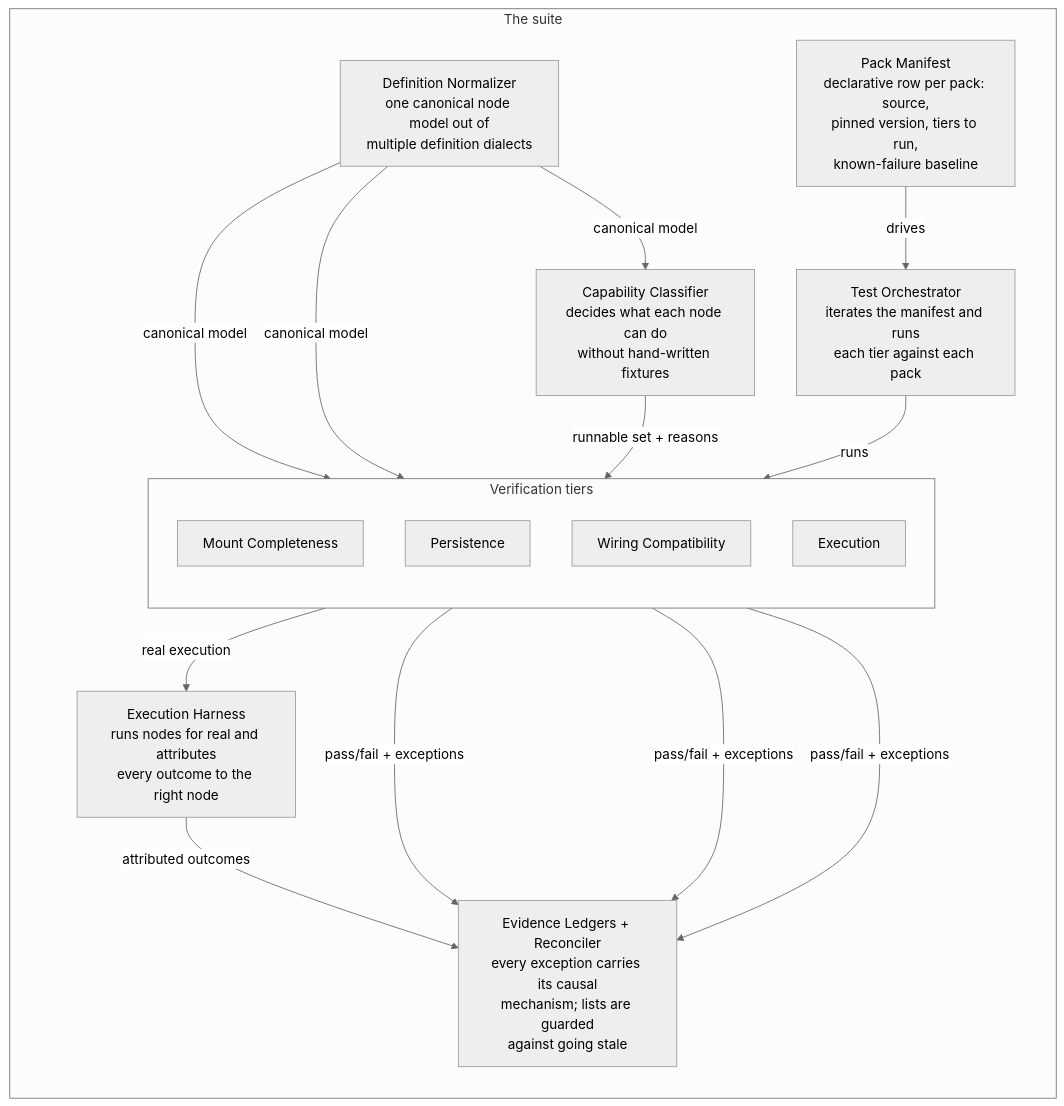
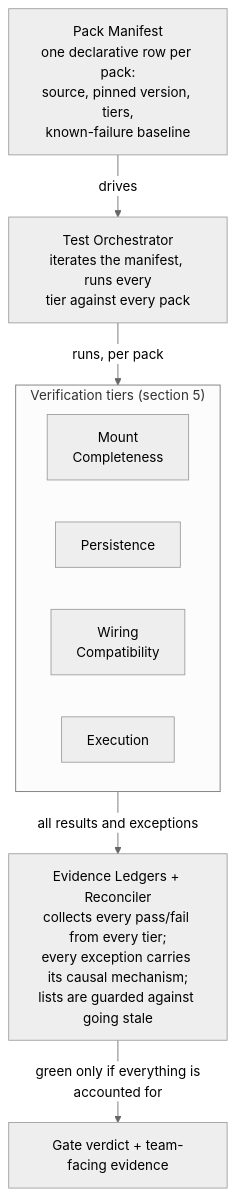
Before and after one commit to Comfy-Org/ComfyUI_frontend: the second of 8 diagrams in browser_tests/tests/customNodes/ARCHITECTURE.md, drawn with Mermaid (neutral theme). The commit also changed other lines of this file, not shown here.

First line of the commit message:
docs(custom-nodes): redraw D2/D3 for single-flow readability

````diff
--- a/browser_tests/tests/customNodes/ARCHITECTURE.md
+++ b/browser_tests/tests/customNodes/ARCHITECTURE.md
@@ -139,30 +142,18 @@
 ```mermaid
-flowchart LR
-    subgraph SUITE ["The suite"]
-        direction TB
-        MAN["Pack Manifest<br/>declarative row per pack: source,<br/>pinned version, tiers to run,<br/>known-failure baseline"]
-        ORCH["Test Orchestrator<br/>iterates the manifest and runs<br/>each tier against each pack"]
-        subgraph TIERS ["Verification tiers"]
-            direction TB
-            TM["Mount Completeness"]
-            TP["Persistence"]
-            TW["Wiring Compatibility"]
-            TX["Execution"]
-        end
-        NORM["Definition Normalizer<br/>one canonical node model out of<br/>multiple definition dialects"]
-        CLS["Capability Classifier<br/>decides what each node can do<br/>without hand-written fixtures"]
-        HARN["Execution Harness<br/>runs nodes for real and attributes<br/>every outcome to the right node"]
-        EVID["Evidence Ledgers + Reconciler<br/>every exception carries its causal<br/>mechanism; lists are guarded<br/>against going stale"]
+flowchart TB
+    MAN["Pack Manifest<br/>one declarative row per pack:<br/>source, pinned version, tiers,<br/>known-failure baseline"]
+    ORCH["Test Orchestrator<br/>iterates the manifest, runs every<br/>tier against every pack"]
+    subgraph TIERS ["Verification tiers (section 5)"]
+        direction LR
+        TM["Mount<br/>Completeness"]
+        TP["Persistence"]
+        TW["Wiring<br/>Compatibility"]
+        TX["Execution"]
     end
+    EVID["Evidence Ledgers + Reconciler<br/>collects every pass/fail from every tier;<br/>every exception carries its causal mechanism;<br/>lists are guarded against going stale"]
+    GATE["Gate verdict + team-facing evidence"]
     MAN -->|"drives"| ORCH
-    ORCH -->|"runs"| TIERS
-    NORM -->|"canonical model"| TM
-    NORM -->|"canonical model"| TW
-    NORM -->|"canonical model"| CLS
-    CLS -->|"runnable set + reasons"| TX
-    TX -->|"real execution"| HARN
-    HARN -->|"attributed outcomes"| EVID
-    TM -->|"pass/fail + exceptions"| EVID
-    TP -->|"pass/fail + exceptions"| EVID
-    TW -->|"pass/fail + exceptions"| EVID
+    ORCH -->|"runs, per pack"| TIERS
+    TIERS -->|"all results and exceptions"| EVID
+    EVID -->|"green only if everything is<br/>accounted for"| GATE
 ```
````
